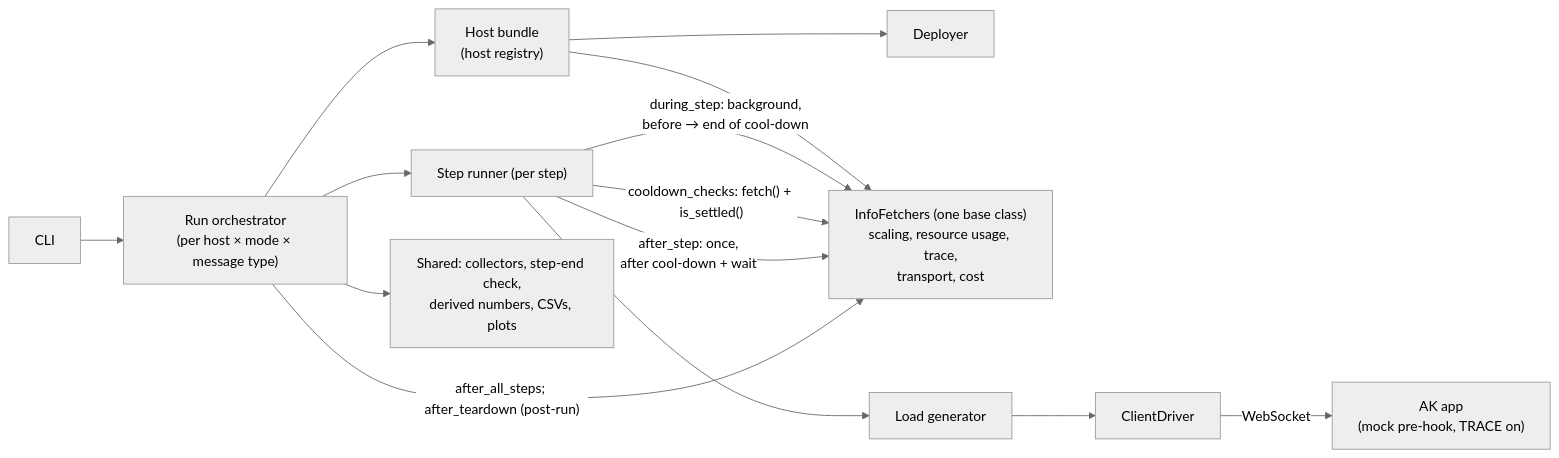
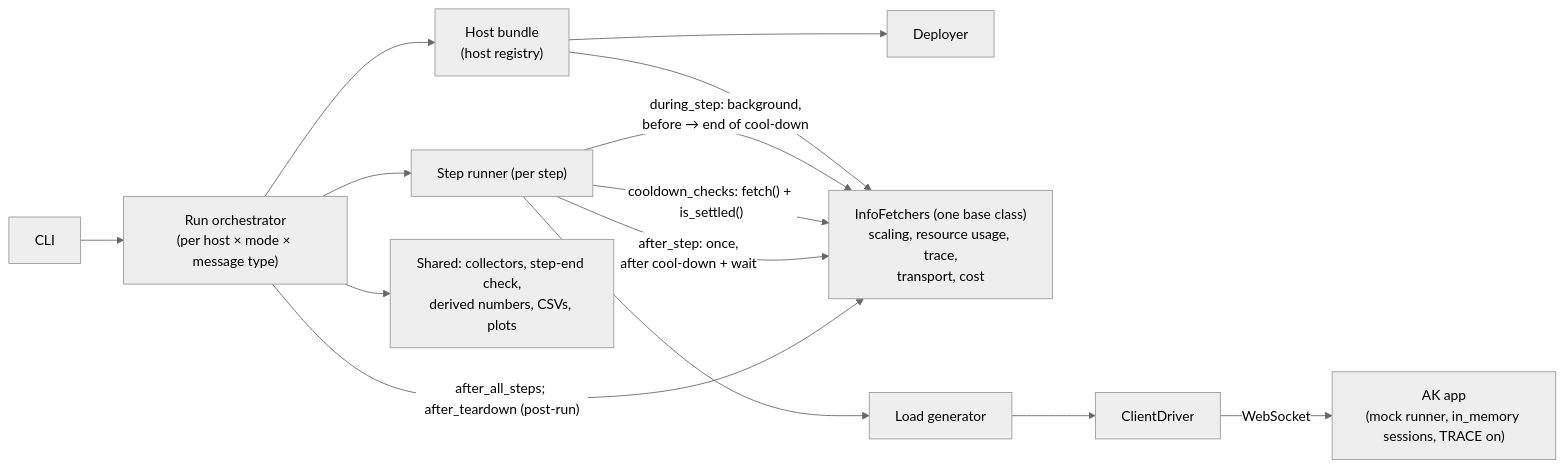
The first of 2 diagrams in docs/specs/786-benchmark-system/design.md (yaalalabs/agent-kernel), drawn with Mermaid (neutral theme) before and after one commit. The commit also changed other lines of this file and 1 other file, not shown here.

````diff
--- a/docs/specs/786-benchmark-system/design.md
+++ b/docs/specs/786-benchmark-system/design.md
@@ -390,16 +391,16 @@
 ```mermaid
 graph LR
     CLI["CLI"] --> ORCH["Run orchestrator<br/>(per host × mode × message type)"]
     ORCH --> HOST["Host bundle<br/>(host registry)"]
     HOST --> DEP["Deployer"]
     HOST --> IF["InfoFetchers (one base class)<br/>scaling, resource usage, trace,<br/>transport, cost"]
     ORCH --> SR["Step runner (per step)"]
     SR -->|"during_step: background,<br/>before → end of cool-down"| IF
     SR -->|"cooldown_checks: fetch() + is_settled()"| IF
     SR -->|"after_step: once,<br/>after cool-down + wait"| IF
     ORCH -->|"after_all_steps; after_teardown (post-run)"| IF
     SR --> LG["Load generator"]
     LG --> DRV["ClientDriver"]
-    DRV -->|WebSocket| AK["AK app<br/>(mock pre-hook, TRACE on)"]
+    DRV -->|WebSocket| AK["AK app<br/>(mock runner, in_memory sessions, TRACE on)"]
     ORCH --> SHARED["Shared: collectors, step-end check,<br/>derived numbers, CSVs, plots"]
 ```
````
